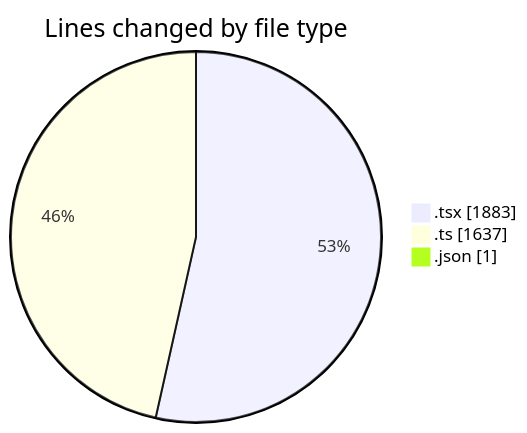
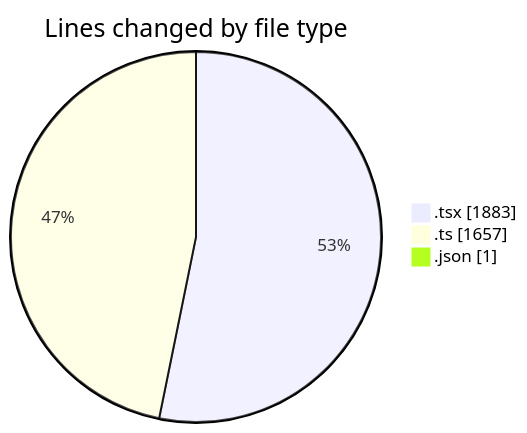
One commit to julien-gomy/code-tracking changed the first of 2 diagrams in 2025-10-08/eventscop-frontend-guide__workspace_/README.md. Above: the diagram before and after it, drawn with Mermaid. The commit also changed other lines of this file and 1 other file, not shown here.

````diff
--- a/2025-10-08/eventscop-frontend-guide__workspace_/README.md
+++ b/2025-10-08/eventscop-frontend-guide__workspace_/README.md
@@ -34,7 +34,7 @@
 ```mermaid
 pie showData
 title Lines changed by file type
 ".tsx" : 1883
-".ts" : 1637
+".ts" : 1657
 ".json" : 1
 ```
````
